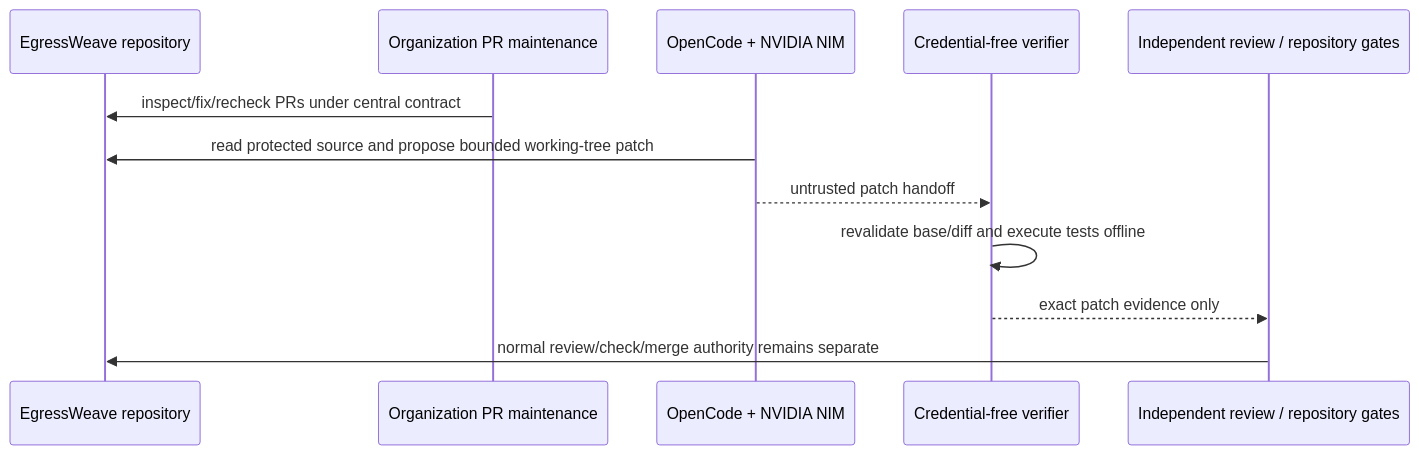
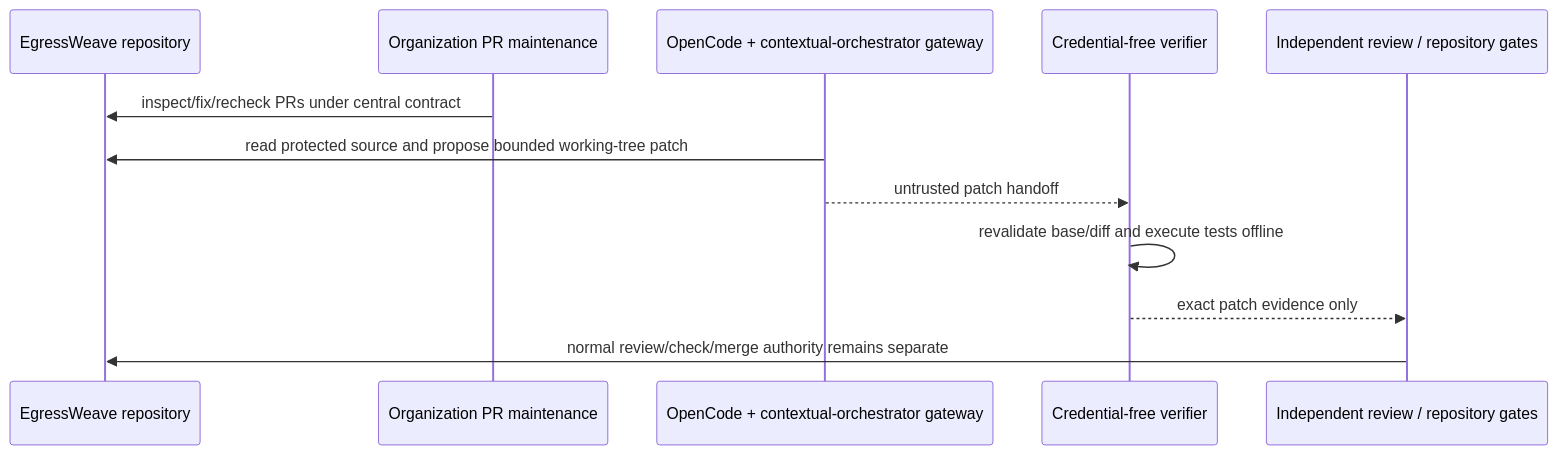
Before and after one commit to ContextualWisdomLab/EgressWeave: the seventh of 10 diagrams in docs/architecture/UML.md, drawn with Mermaid. The commit also changed other lines of this file and 11 other files, not shown here.

````diff
--- a/docs/architecture/UML.md
+++ b/docs/architecture/UML.md
@@ -227,15 +227,15 @@
 ```mermaid
 sequenceDiagram
     participant Repo as EgressWeave repository
     participant Central as Organization PR maintenance
-    participant Model as OpenCode + NVIDIA NIM
+    participant Model as OpenCode + contextual-orchestrator gateway
     participant Verify as Credential-free verifier
     participant Review as Independent review / repository gates
 
     Central->>Repo: inspect/fix/recheck PRs under central contract
     Model->>Repo: read protected source and propose bounded working-tree patch
     Model-->>Verify: untrusted patch handoff
     Verify->>Verify: revalidate base/diff and execute tests offline
     Verify-->>Review: exact patch evidence only
     Review->>Repo: normal review/check/merge authority remains separate
 ```
````
